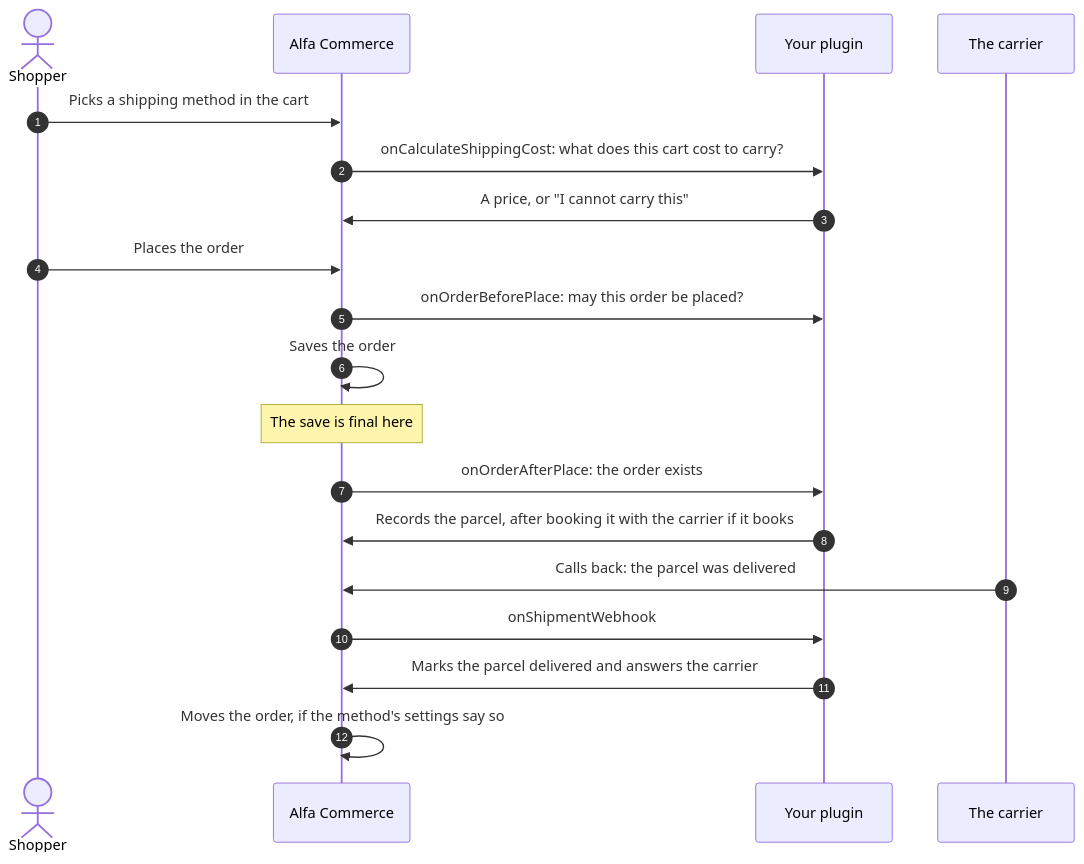
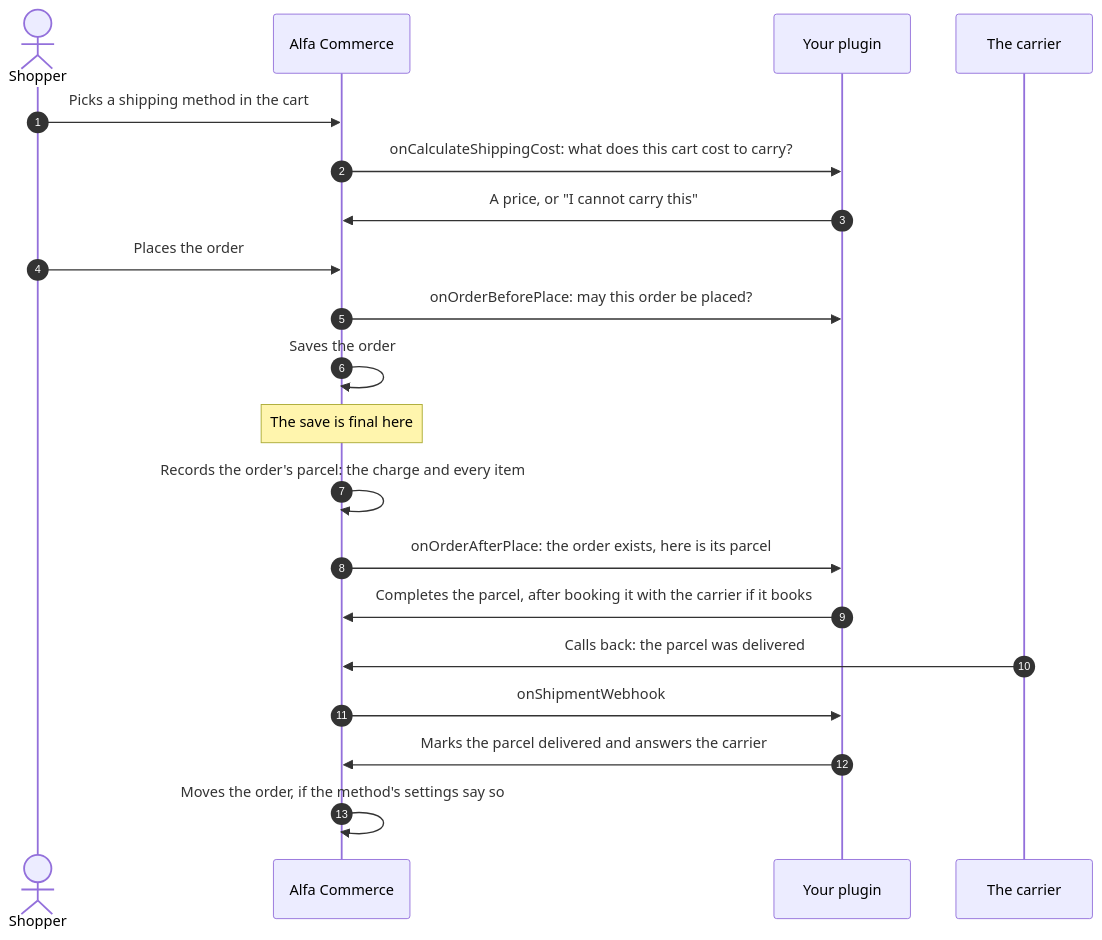
One commit to Easylogic-CO-LP/Alfa-Commerce-Manual changed the diagram in docs/plugins/shipment-plugins.md. Above: the diagram before and after it, drawn with Mermaid. The commit also changed other lines of this file and 3 other files, not shown here.

Commit message:
Plugins: the carrier contract, Alfa records a new order's parcel and the carrier completes it

````diff
--- a/docs/plugins/shipment-plugins.md
+++ b/docs/plugins/shipment-plugins.md
@@ -53,21 +53,22 @@
 ```mermaid
 sequenceDiagram
     autonumber
     actor Shopper
     participant Alfa as Alfa Commerce
     participant P as Your plugin
     participant C as The carrier
     Shopper->>Alfa: Picks a shipping method in the cart
     Alfa->>P: onCalculateShippingCost: what does this cart cost to carry?
     P->>Alfa: A price, or "I cannot carry this"
     Shopper->>Alfa: Places the order
     Alfa->>P: onOrderBeforePlace: may this order be placed?
     Alfa->>Alfa: Saves the order
     Note over Alfa: The save is final here
-    Alfa->>P: onOrderAfterPlace: the order exists
-    P->>Alfa: Records the parcel, after booking it with the carrier if it books
+    Alfa->>Alfa: Records the order's parcel: the charge and every item
+    Alfa->>P: onOrderAfterPlace: the order exists, here is its parcel
+    P->>Alfa: Completes the parcel, after booking it with the carrier if it books
     C->>Alfa: Calls back: the parcel was delivered
     Alfa->>P: onShipmentWebhook
     P->>Alfa: Marks the parcel delivered and answers the carrier
     Alfa->>Alfa: Moves the order, if the method's settings say so
 ```
````
